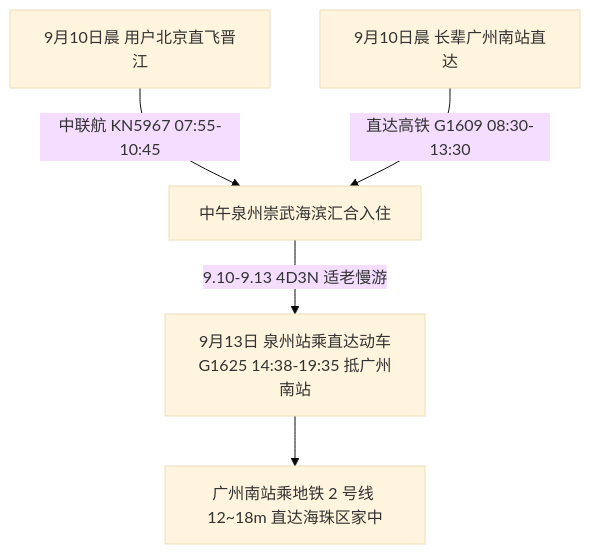
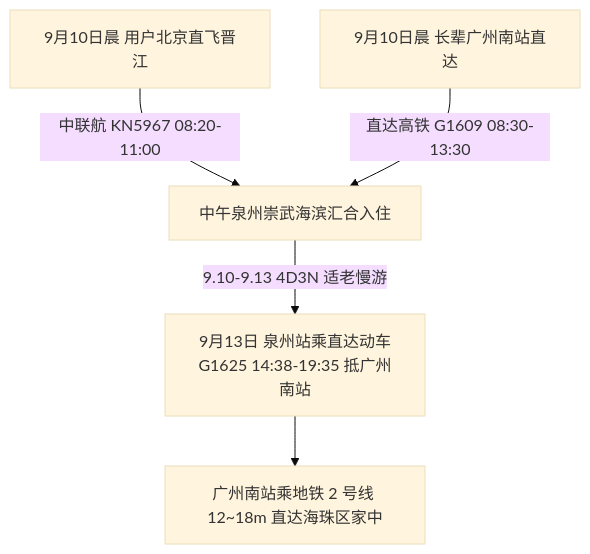
The first of 2 diagrams in fujian/quanzhou/2026-09-10-beijing-to-quanzhou-4d3n-travel-plan.md (PhoenixNest/travel-agency), drawn with Mermaid (base theme) before and after one commit. The commit also changed other lines of this file and 26 other files, not shown here.

````diff
--- a/fujian/quanzhou/2026-09-10-beijing-to-quanzhou-4d3n-travel-plan.md
+++ b/fujian/quanzhou/2026-09-10-beijing-to-quanzhou-4d3n-travel-plan.md
@@ -20,8 +20,8 @@
 ```mermaid
 graph TD
-    A[9月10日晨 用户北京直飞晋江] -->|中联航 KN5967 07:55-10:45| C[中午泉州崇武海滨汇合入住]
+    A[9月10日晨 用户北京直飞晋江] -->|中联航 KN5967 08:20-11:00| C[中午泉州崇武海滨汇合入住]
     B[9月10日晨 长辈广州南站直达] -->|直达高铁 G1609 08:30-13:30| C
 
     C -->|9.10-9.13 4D3N 适老慢游| D[9月13日 泉州站乘直达动车<br/>G1625 14:38-19:35 抵广州南站]
     D --> E[广州南站乘地铁 2 号线 12~18m 直达海珠区家中]
 ```
````
